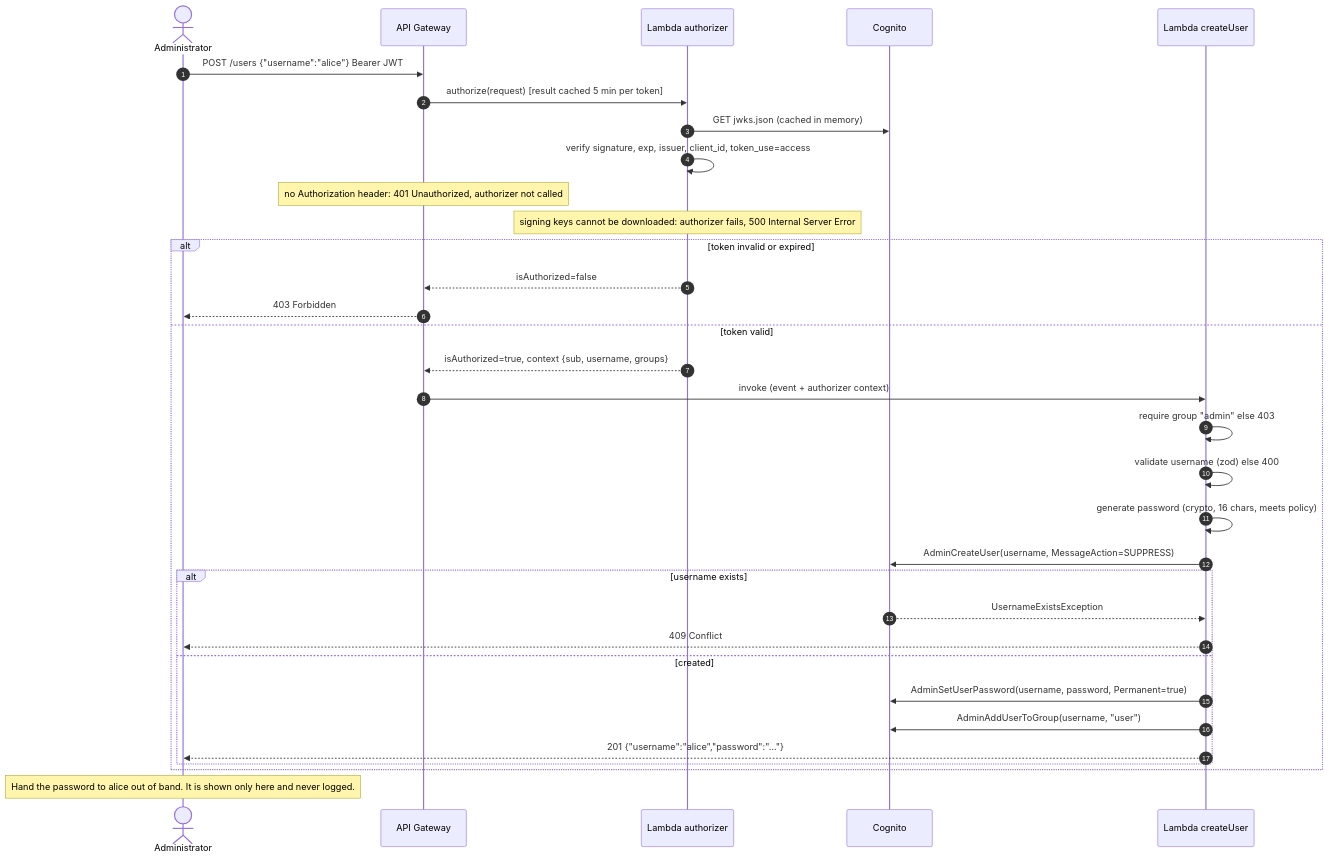
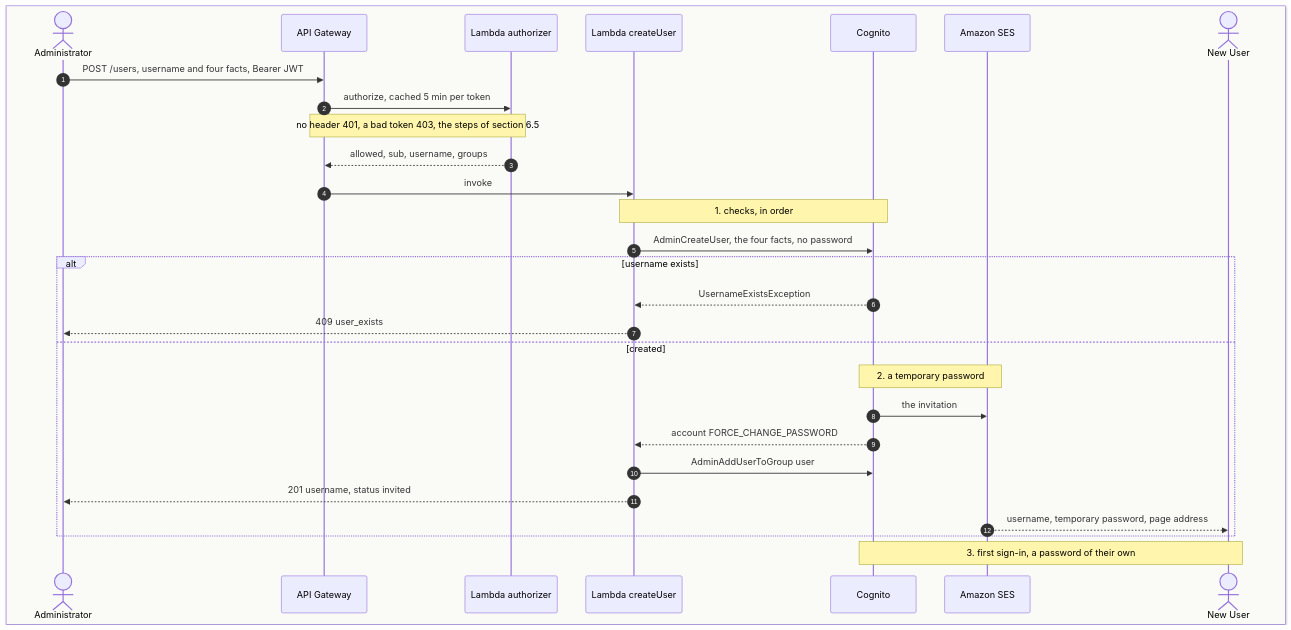
One commit to EnricoPicci/shared-calendar changed the fourth of 11 diagrams in docs/ARCHITECTURE.md. Above: the diagram before and after it, drawn with Mermaid. The commit also changed other lines of this file and 14 other files, not shown here.

````diff
--- a/docs/ARCHITECTURE.md
+++ b/docs/ARCHITECTURE.md
@@ -550,36 +551,34 @@
 ```mermaid
+%%{init: {'theme': 'default'}}%%
 sequenceDiagram
     autonumber
-    actor A as Administrator
-    participant GW as API Gateway
-    participant AUTH as Lambda authorizer
-    participant COG as Cognito
-    participant CU as Lambda createUser
+    box rgb(250, 250, 247)
+        actor A as Administrator
+        participant GW as API Gateway
+        participant AUTH as Lambda authorizer
+        participant CU as Lambda createUser
+        participant COG as Cognito
+        participant SES as Amazon SES
+        actor U as New User
+    end
 
-    A->>GW: POST /users {"username":"alice"}  Bearer JWT
-    GW->>AUTH: authorize(request)  [result cached 5 min per token]
-    AUTH->>COG: GET jwks.json (cached in memory)
-    AUTH->>AUTH: verify signature, exp, issuer, client_id, token_use=access
-    Note over GW: no Authorization header: 401 Unauthorized, authorizer not called
-    Note over AUTH: signing keys cannot be downloaded: authorizer fails, 500 Internal Server Error
-    alt token invalid or expired
-        AUTH-->>GW: isAuthorized=false
-        GW-->>A: 403 Forbidden
-    else token valid
-        AUTH-->>GW: isAuthorized=true, context {sub, username, groups}
-        GW->>CU: invoke (event + authorizer context)
-        CU->>CU: require group "admin" else 403
-        CU->>CU: validate username (zod) else 400
-        CU->>CU: generate password (crypto, 16 chars, meets policy)
-        CU->>COG: AdminCreateUser(username, MessageAction=SUPPRESS)
-        alt username exists
-            COG-->>CU: UsernameExistsException
-            CU-->>A: 409 Conflict
-        else created
-            CU->>COG: AdminSetUserPassword(username, password, Permanent=true)
-            CU->>COG: AdminAddUserToGroup(username, "user")
-            CU-->>A: 201 {"username":"alice","password":"…"}
-        end
+    A->>GW: POST /users, username and four facts, Bearer JWT
+    GW->>AUTH: authorize, cached 5 min per token
+    Note over GW,AUTH: no header 401, a bad token 403, the steps of section 6.5
+    AUTH-->>GW: allowed, sub, username, groups
+    GW->>CU: invoke
+    Note over CU,COG: 1. checks, in order
+    CU->>COG: AdminCreateUser, the four facts, no password
+    alt username exists
+        COG-->>CU: UsernameExistsException
+        CU-->>A: 409 user_exists
+    else created
+        Note over COG,SES: 2. a temporary password
+        COG->>SES: the invitation
+        COG-->>CU: account FORCE_CHANGE_PASSWORD
+        CU->>COG: AdminAddUserToGroup user
+        CU-->>A: 201 username, status invited
+        SES-->>U: username, temporary password, page address
     end
-    Note over A: Hand the password to alice out of band. It is shown only here and never logged.
+    Note over U,COG: 3. first sign-in, a password of their own
 ```
````
